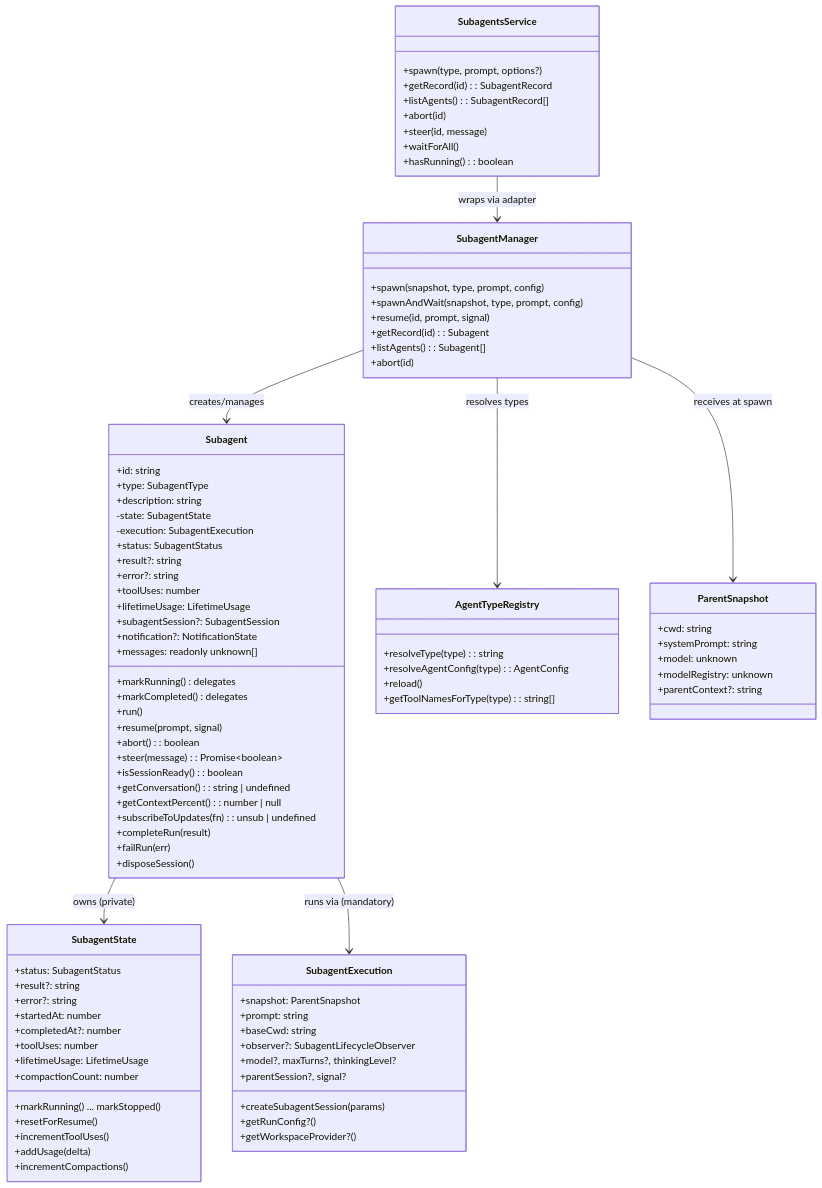
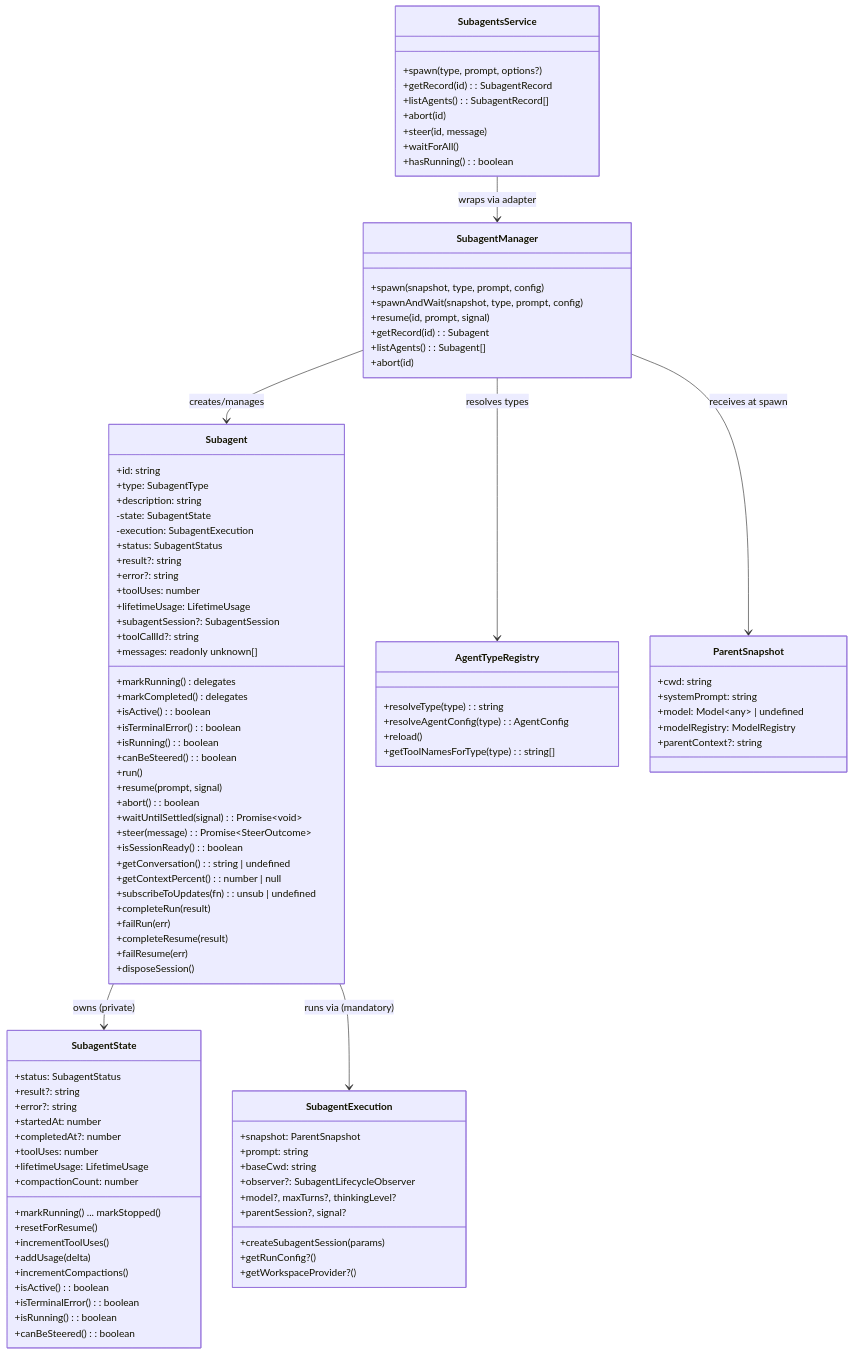
Before and after one commit to NicoSenerman/pi-packages: the second of 5 diagrams in packages/pi-subagents/docs/architecture/architecture.md, drawn with Mermaid. The commit also changed other lines of this file and 177 other files, not shown here.

```diff
--- a/packages/pi-subagents/docs/architecture/architecture.md
+++ b/packages/pi-subagents/docs/architecture/architecture.md
@@ -114,13 +114,18 @@
         +toolUses: number
         +lifetimeUsage: LifetimeUsage
         +subagentSession?: SubagentSession
-        +notification?: NotificationState
+        +toolCallId?: string
         +markRunning() delegates
         +markCompleted() delegates
+        +isActive(): boolean
+        +isTerminalError(): boolean
+        +isRunning(): boolean
+        +canBeSteered(): boolean
         +run()
         +resume(prompt, signal)
         +abort(): boolean
-        +steer(message): Promise~boolean~
+        +waitUntilSettled(signal): Promise~void~
+        +steer(message): Promise~SteerOutcome~
         +isSessionReady(): boolean
         +getConversation(): string | undefined
         +getContextPercent(): number | null
@@ -128,6 +133,8 @@
         +messages: readonly unknown[]
         +completeRun(result)
         +failRun(err)
+        +completeResume(result)
+        +failResume(err)
         +disposeSession()
     }
 
@@ -145,6 +152,10 @@
         +incrementToolUses()
         +addUsage(delta)
         +incrementCompactions()
+        +isActive(): boolean
+        +isTerminalError(): boolean
+        +isRunning(): boolean
+        +canBeSteered(): boolean
     }
 
     class SubagentExecution {
@@ -178,8 +189,8 @@
     class ParentSnapshot {
         +cwd: string
         +systemPrompt: string
-        +model: unknown
-        +modelRegistry: unknown
+        +model: Model~any~ | undefined
+        +modelRegistry: ModelRegistry
         +parentContext?: string
     }
 
```
